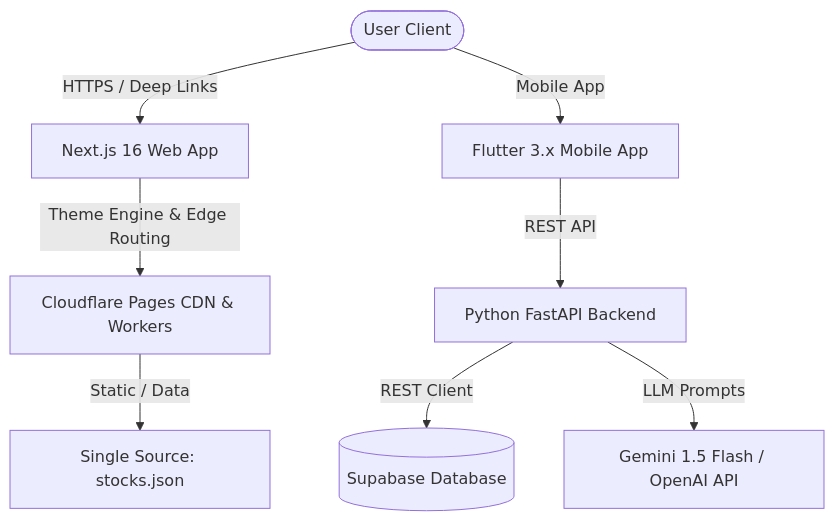
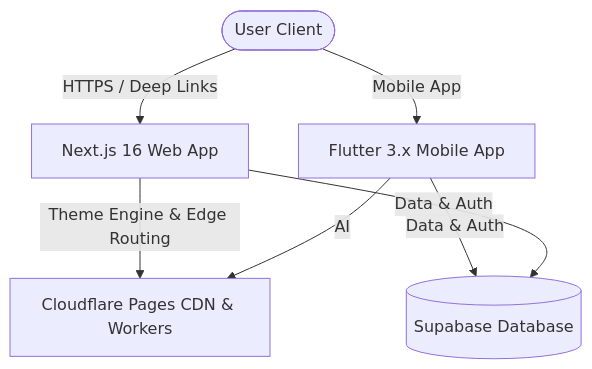
One commit to OK45batwal/FINSWITCH changed the diagram in README.md. Above: the diagram before and after it, drawn with Mermaid. The commit also changed other lines of this file and 38 other files, not shown here.

Commit message:
feat(auth): implement password-based login + 2FA OTP verification sending from finswitch74@gmail.com on web and mobile app

````diff
--- a/README.md
+++ b/README.md
@@ -113,12 +112,10 @@
 ```mermaid
 graph TD
     User([User Client]) --> |HTTPS / Deep Links| WebApp[Next.js 16 Web App]
     User --> |Mobile App| FlutterApp[Flutter 3.x Mobile App]
     
     WebApp --> |Theme Engine & Edge Routing| CF[Cloudflare Pages CDN & Workers]
-    FlutterApp --> |REST API| Backend[Python FastAPI Backend]
-    
-    CF --> |Static / Data| StocksJSON[Single Source: stocks.json]
-    Backend --> |REST Client| Supabase[(Supabase Database)]
-    Backend --> |LLM Prompts| LLM[Gemini 1.5 Flash / OpenAI API]
+    FlutterApp --> |Data & Auth| Supabase[(Supabase Database)]
+    WebApp --> |Data & Auth| Supabase
+    FlutterApp --> |AI| CF
 ```
````
